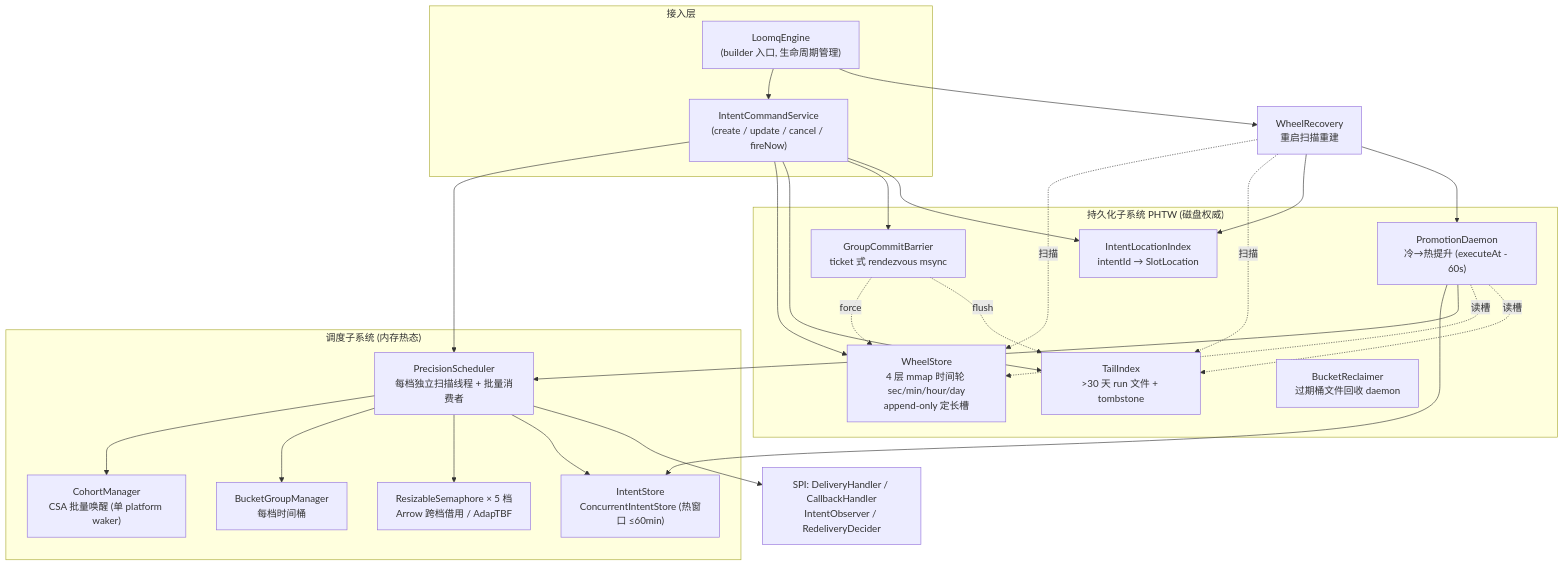
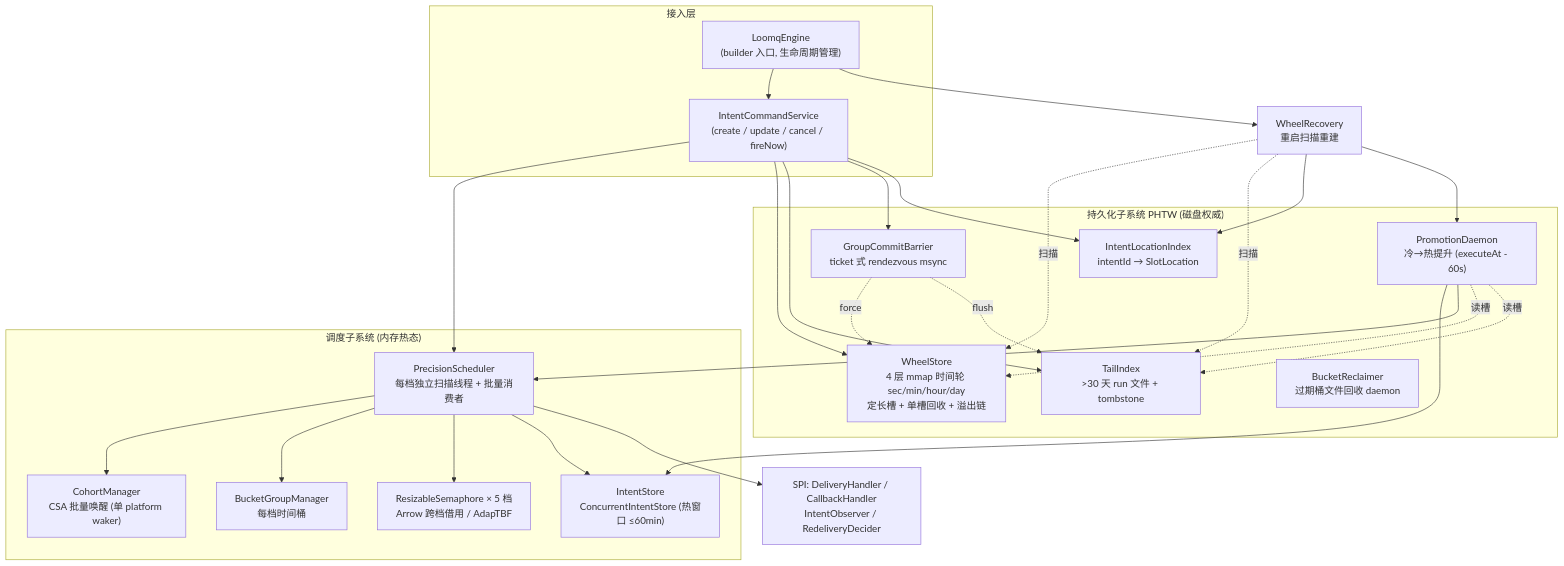
One commit to loomq/loomq changed the first of 2 diagrams in docs/development/ARCHITECTURE.md. Above: the diagram before and after it, drawn with Mermaid. The commit also changed other lines of this file and 39 other files, not shown here.

````diff
--- a/docs/development/ARCHITECTURE.md
+++ b/docs/development/ARCHITECTURE.md
@@ -25,50 +25,50 @@
 ```mermaid
 flowchart TB
     subgraph Entry["接入层"]
         Engine["LoomqEngine<br/>(builder 入口, 生命周期管理)"]
         Cmd["IntentCommandService<br/>(create / update / cancel / fireNow)"]
     end
 
     subgraph Sched["调度子系统 (内存热态)"]
         PS["PrecisionScheduler<br/>每档独立扫描线程 + 批量消费者"]
         Cohort["CohortManager<br/>CSA 批量唤醒 (单 platform waker)"]
         BGM["BucketGroupManager<br/>每档时间桶"]
         Sem["ResizableSemaphore × 5 档<br/>Arrow 跨档借用 / AdapTBF"]
         Store["IntentStore<br/>ConcurrentIntentStore (热窗口 ≤60min)"]
     end
 
     subgraph PHTW["持久化子系统 PHTW (磁盘权威)"]
-        Wheel["WheelStore<br/>4 层 mmap 时间轮 sec/min/hour/day<br/>append-only 定长槽"]
+        Wheel["WheelStore<br/>4 层 mmap 时间轮 sec/min/hour/day<br/>定长槽 + 单槽回收 + 溢出链"]
         Tail["TailIndex<br/>>30 天 run 文件 + tombstone"]
         GCB["GroupCommitBarrier<br/>ticket 式 rendezvous msync"]
         Idx["IntentLocationIndex<br/>intentId → SlotLocation"]
         PD["PromotionDaemon<br/>冷→热提升 (executeAt - 60s)"]
         BR["BucketReclaimer<br/>过期桶文件回收 daemon"]
     end
 
     Recovery["WheelRecovery<br/>重启扫描重建"]
     SPI["SPI: DeliveryHandler / CallbackHandler<br/>IntentObserver / RedeliveryDecider"]
 
     Engine --> Cmd
     Engine --> Recovery
     Cmd --> PS
     Cmd --> Wheel
     Cmd --> Tail
     Cmd --> GCB
     Cmd --> Idx
     PS --> Cohort
     PS --> BGM
     PS --> Sem
     PS --> Store
     PS --> SPI
     PD --> Store
     PD --> PS
     PD -.读槽.-> Wheel
     PD -.读槽.-> Tail
     GCB -.force.-> Wheel
     GCB -.flush.-> Tail
     Recovery -.扫描.-> Wheel
     Recovery -.扫描.-> Tail
     Recovery --> Idx
     Recovery --> PD
 ```
````
